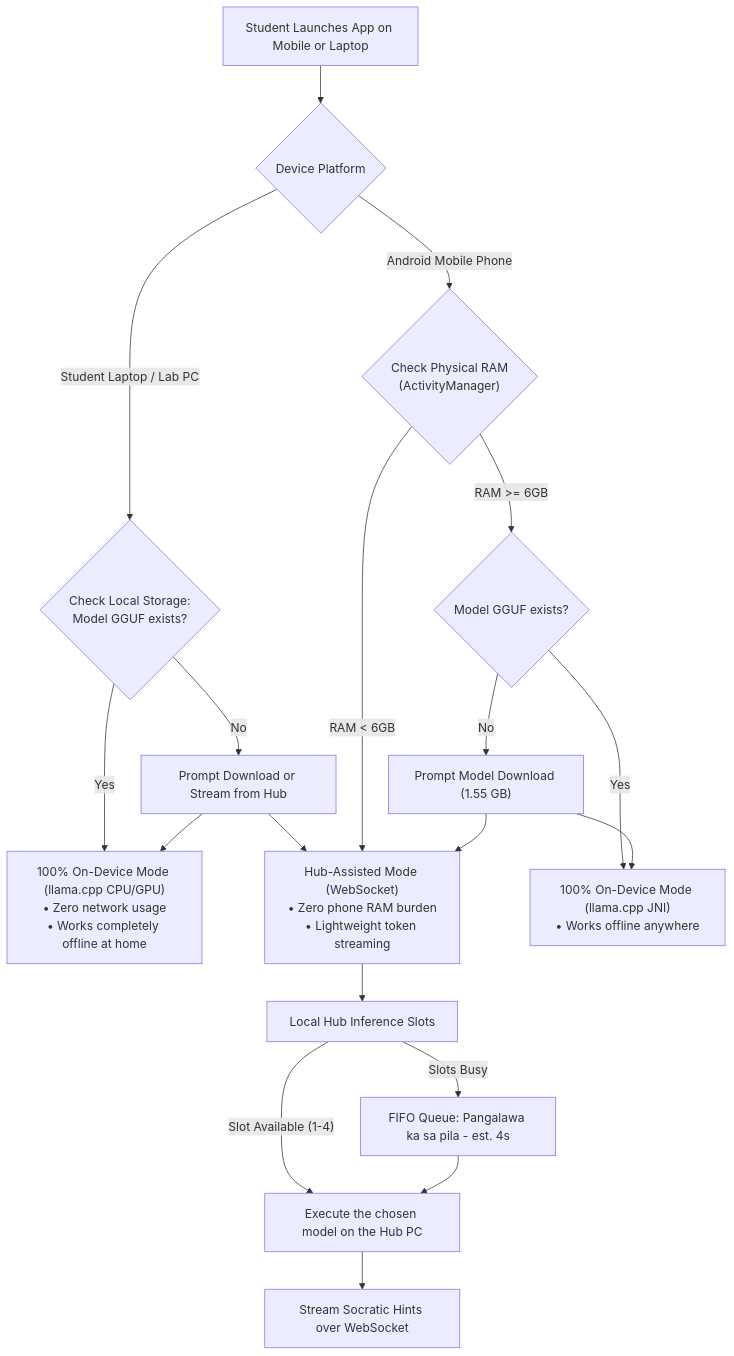
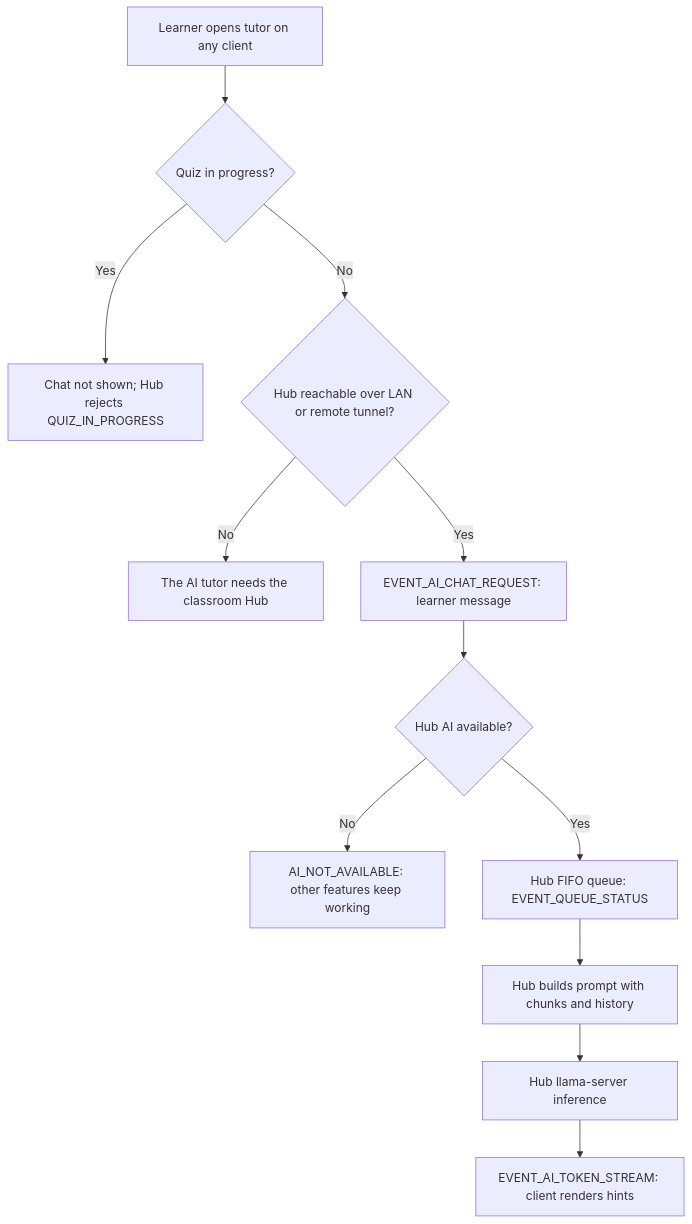
Before and after one commit to BootlegYouki/L.A.R.A: the third of 5 diagrams in docs/PRD.md, drawn with Mermaid. The commit also changed other lines of this file and 27 other files, not shown here.

First line of the commit message:
rules: the AI tutor runs only on the Hub

````diff
--- a/docs/PRD.md
+++ b/docs/PRD.md
@@ -246,24 +234,14 @@
 ```mermaid
 flowchart TD
- Start["Student Launches App on Mobile or Laptop"] --> DeviceType{"Device Platform"}
- 
- DeviceType -->|"Student Laptop / Lab PC"| DeskCheck{"Check Local Storage:<br/>Model GGUF exists?"}
- DeskCheck -->|Yes| DeskLocal["100% On-Device Mode (llama.cpp CPU/GPU)<br/>• Zero network usage<br/>• Works completely offline at home"]
- DeskCheck -->|No| DeskPrompt["Prompt Download or Stream from Hub"]
- DeskPrompt --> DeskLocal
- DeskPrompt --> HubMode
-
- DeviceType -->|"Android Mobile Phone"| HardwareCheck{"Check Physical RAM<br/>(ActivityManager)"}
- HardwareCheck -->|"RAM < 6GB"| HubMode["Hub-Assisted Mode (WebSocket)<br/>• Zero phone RAM burden<br/>• Lightweight token streaming"]
- HardwareCheck -->|"RAM >= 6GB"| MobCheck{"Model GGUF exists?"}
- MobCheck -->|Yes| MobLocal["100% On-Device Mode (llama.cpp JNI)<br/>• Works offline anywhere"]
- MobCheck -->|No| MobPrompt["Prompt Model Download (1.55 GB)"]
- MobPrompt --> MobLocal
- MobPrompt --> HubMode
-
- HubMode --> HubQueue["Local Hub Inference Slots"]
- HubQueue -->|"Slot Available (1-4)"| Infer["Execute the chosen model on the Hub PC"]
- HubQueue -->|"Slots Busy"| QueueWait["FIFO Queue: Pangalawa ka sa pila - est. 4s"]
- QueueWait --> Infer
- Infer --> StreamTokens["Stream Socratic Hints over WebSocket"]
+ Start["Learner opens tutor on any client"] --> Quiz{"Quiz in progress?"}
+ Quiz -->|Yes| Locked["Chat not shown; Hub rejects QUIZ_IN_PROGRESS"]
+ Quiz -->|No| Reachable{"Hub reachable over LAN or remote tunnel?"}
+ Reachable -->|No| Offline["The AI tutor needs the classroom Hub"]
+ Reachable -->|Yes| Request["EVENT_AI_CHAT_REQUEST: learner message"]
+ Request --> Available{"Hub AI available?"}
+ Available -->|No| Unavailable["AI_NOT_AVAILABLE: other features keep working"]
+ Available -->|Yes| Queue["Hub FIFO queue: EVENT_QUEUE_STATUS"]
+ Queue --> Prompt["Hub builds prompt with chunks and history"]
+ Prompt --> Infer["Hub llama-server inference"]
+ Infer --> Stream["EVENT_AI_TOKEN_STREAM: client renders hints"]
 ```
````
